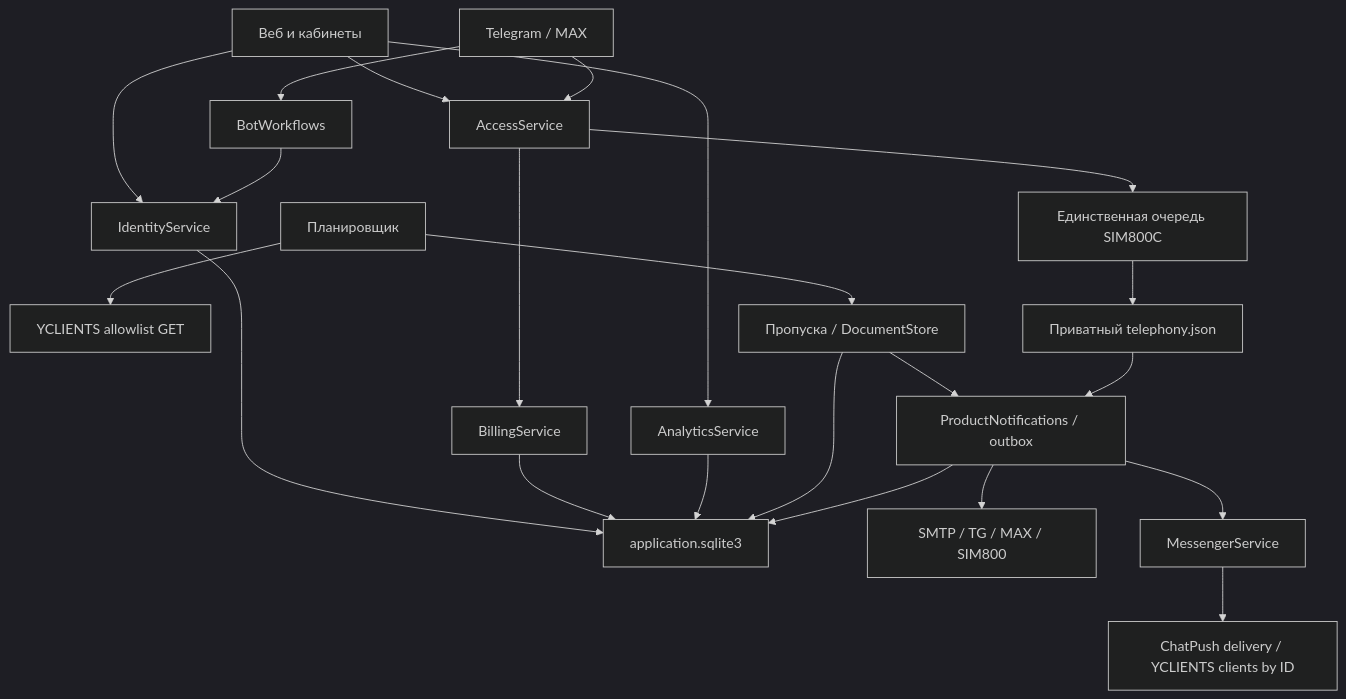
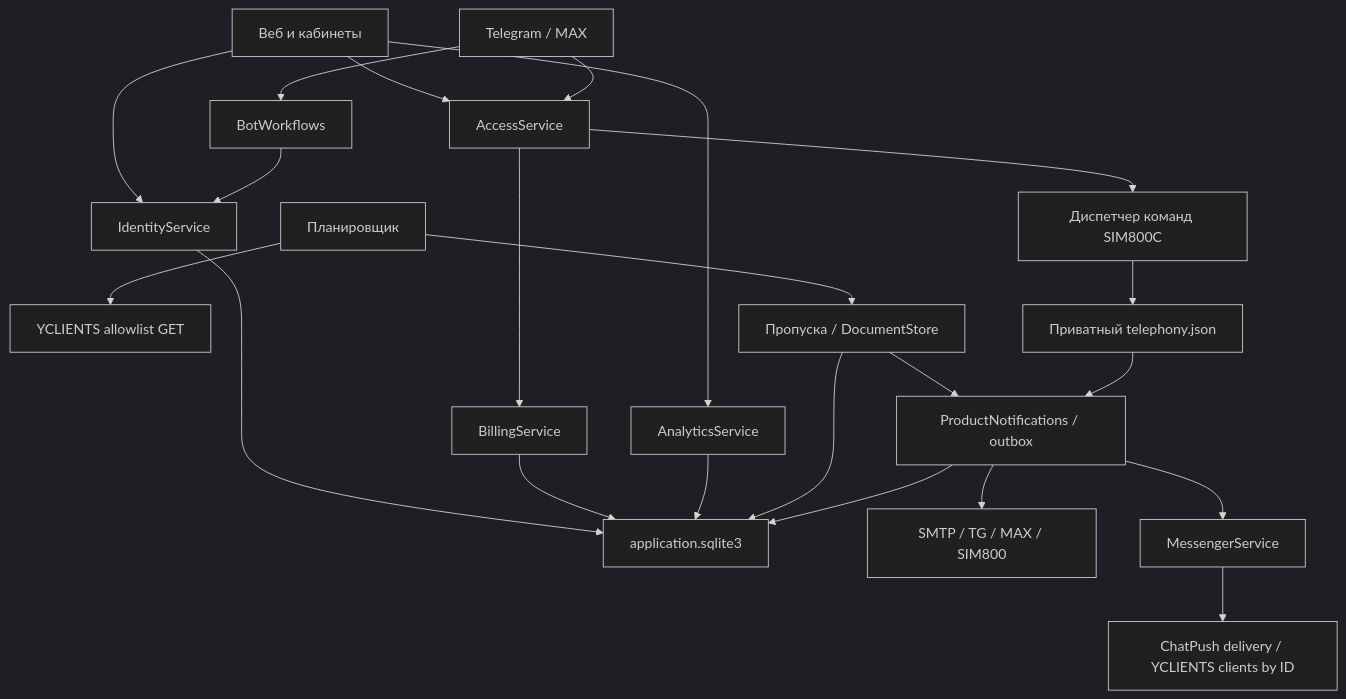
The diagram in docs/ARCHITECTURE.md (zhalenik/gate_bot), drawn with Mermaid (dark theme) before and after one commit. The commit also changed other lines of this file and 139 other files, not shown here.

````diff
--- a/docs/ARCHITECTURE.md
+++ b/docs/ARCHITECTURE.md
@@ -7,24 +9,24 @@
 ```mermaid
 flowchart TD
   W[Веб и кабинеты] --> A[AccessService]
   T[Telegram / MAX] --> A
   T --> F[BotWorkflows]
   W --> I[IdentityService]
   F --> I
   A --> B[BillingService]
-  A --> G[Единственная очередь SIM800C]
+  A --> G[Диспетчер команд SIM800C]
   I --> D[application.sqlite3]
   B --> D
   W --> Q[AnalyticsService]
   Q --> D
   S[Планировщик] --> C[YCLIENTS allowlist GET]
   S --> L[Пропуска / DocumentStore]
   L --> D
   L --> N[ProductNotifications / outbox]
   N --> D
   N --> X[SMTP / TG / MAX / SIM800]
   N --> M[MessengerService]
   M --> P[ChatPush delivery / YCLIENTS clients by ID]
   G --> J[Приватный telephony.json]
   J --> N
 ```
````
